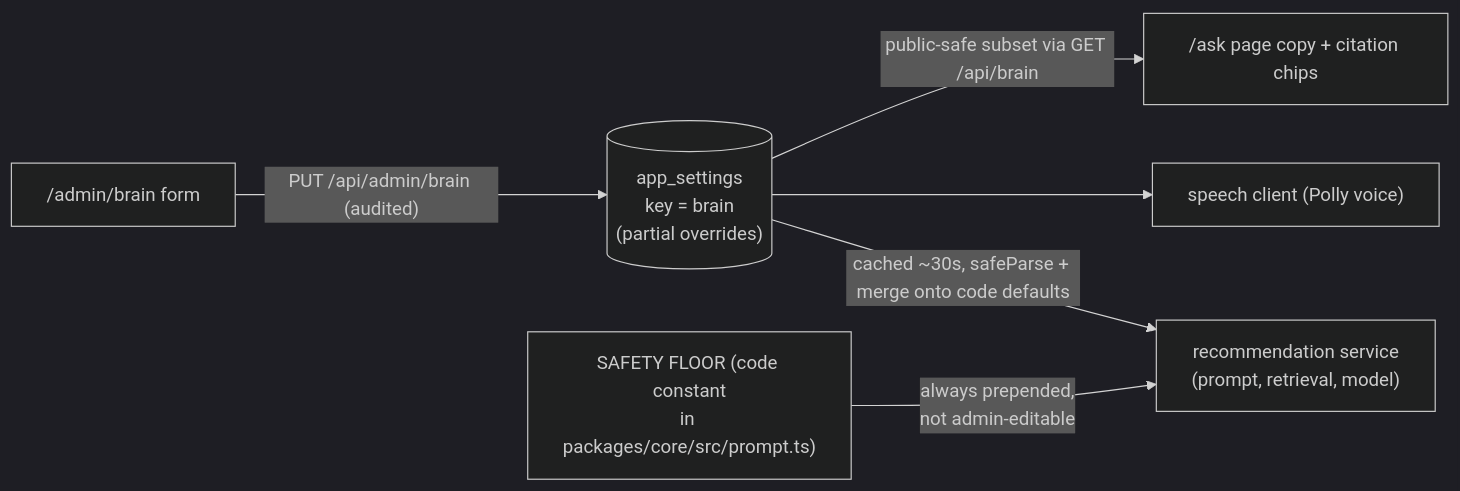
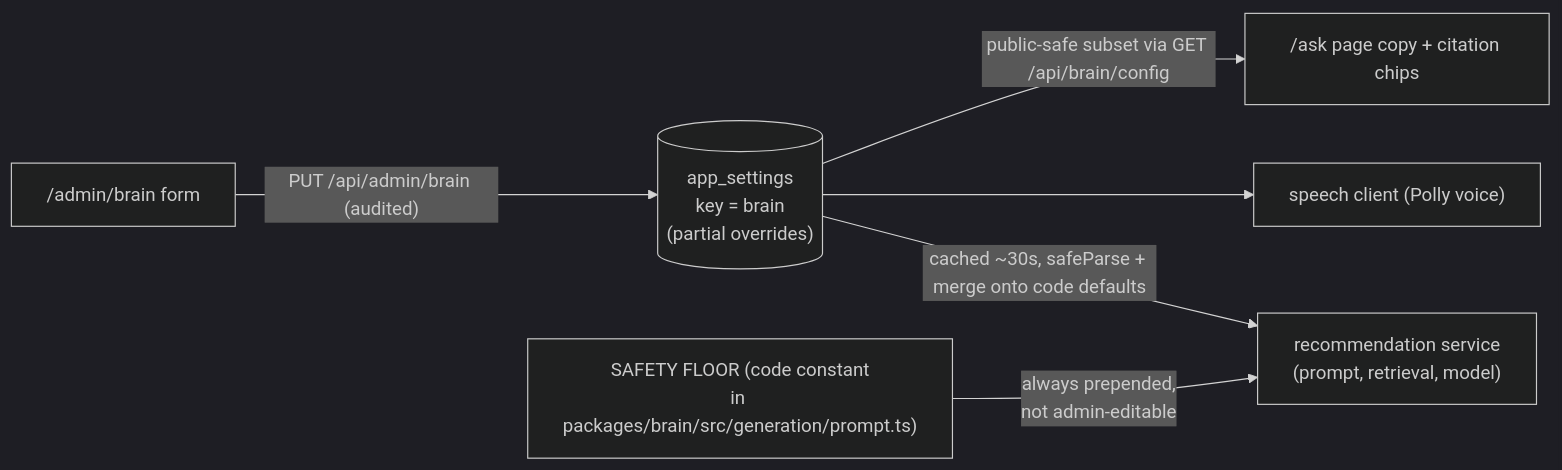
Before and after one commit to Joice-Health/Joice: the diagram in docs/rag/09-admin-brain.md, drawn with Mermaid (dark theme). The commit also changed other lines of this file and 14 other files, not shown here.

````diff
--- a/docs/rag/09-admin-brain.md
+++ b/docs/rag/09-admin-brain.md
@@ -10,8 +10,8 @@
 ```mermaid
 flowchart LR
     admin["/admin/brain form"] -->|"PUT /api/admin/brain (audited)"| row[("app_settings\nkey = brain\n(partial overrides)")]
     row -->|"cached ~30s, safeParse + merge onto code defaults"| chat["recommendation service\n(prompt, retrieval, model)"]
     row --> voice["speech client (Polly voice)"]
-    row -->|"public-safe subset via GET /api/brain"| ask["/ask page copy + citation chips"]
-    floor["SAFETY FLOOR (code constant\nin packages/core/src/prompt.ts)"] -->|"always prepended,\nnot admin-editable"| chat
+    row -->|"public-safe subset via GET /api/brain/config"| ask["/ask page copy + citation chips"]
+    floor["SAFETY FLOOR (code constant\nin packages/brain/src/generation/prompt.ts)"] -->|"always prepended,\nnot admin-editable"| chat
 ```
````
